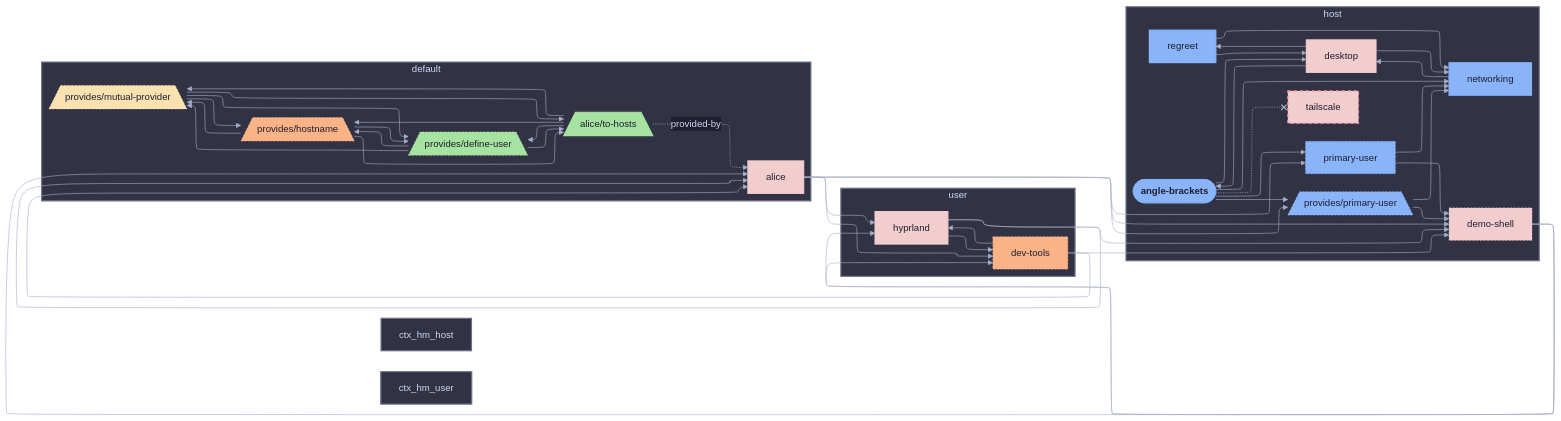
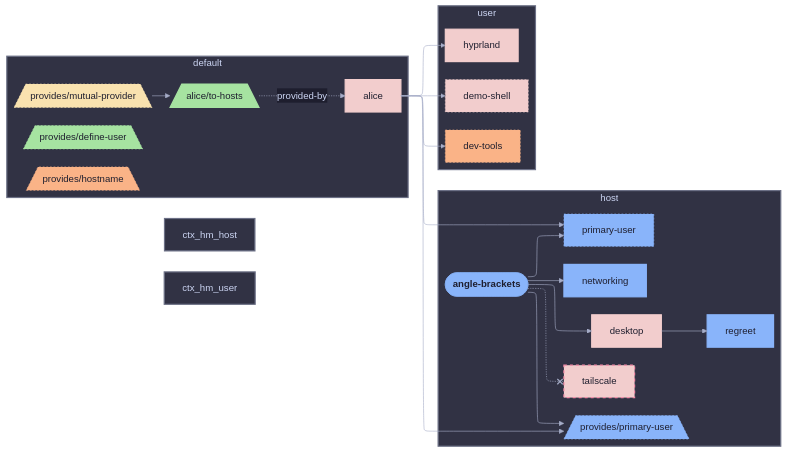
The diagram in templates/diag-fx-demo/diagrams/angle-brackets-has-aspect-hm.md (sini/den), drawn with Mermaid before and after one commit. The commit also changed 849 other files, not shown here.

Commit message:
chore: update fx diagrams

```diff
--- a/templates/diag-fx-demo/diagrams/angle-brackets-has-aspect-hm.md
+++ b/templates/diag-fx-demo/diagrams/angle-brackets-has-aspect-hm.md
@@ -19,34 +19,14 @@
   angle_brackets --> primary_user
   angle_brackets --> den__provides__primary_user
   angle_brackets -.-x tailscale
-  den__provides__primary_user --> demo_shell
-  den__provides__primary_user --> networking
-  desktop --> angle_brackets
-  desktop --> networking
   desktop --> regreet
-  networking --> desktop
-  regreet --> desktop
-  regreet --> networking
-  primary_user --> demo_shell
-  primary_user --> networking
   end
   subgraph ctx_default["default"]
   den__provides__define_user[/"provides/define-user"\]:::den__provides__define_user_c
   den__provides__hostname[/"provides/hostname"\]:::den__provides__hostname_c
   den__provides__mutual_provider[/"provides/mutual-provider"\]:::den__provides__mutual_provider_c
   alice__to_hosts[/"alice/to-hosts"\]:::alice__to_hosts_c
-  alice__to_hosts --> den__provides__define_user
-  alice__to_hosts --> den__provides__hostname
-  alice__to_hosts --> den__provides__mutual_provider
-  den__provides__mutual_provider --> den__provides__define_user
-  den__provides__mutual_provider --> den__provides__hostname
   den__provides__mutual_provider --> alice__to_hosts
-  den__provides__hostname --> den__provides__define_user
-  den__provides__define_user --> den__provides__hostname
-  den__provides__define_user --> den__provides__mutual_provider
-  den__provides__hostname --> den__provides__mutual_provider
-  den__provides__define_user --> alice__to_hosts
-  den__provides__hostname --> alice__to_hosts
   alice__to_hosts -.->|provided-by| alice
   end
   subgraph ctx_user["user"]
@@ -59,21 +39,12 @@
   alice --> hyprland
   alice --> primary_user
   alice --> den__provides__primary_user
-  demo_shell --> hyprland
-  demo_shell --> alice
-  demo_shell --> dev_tools
-  dev_tools --> alice
-  dev_tools --> demo_shell
-  dev_tools --> hyprland
-  hyprland --> dev_tools
-  hyprland --> alice
-  hyprland --> demo_shell
   end
 
 
   classDef root fill:#89b4fa,stroke:#89b4fa,color:#1e1e2e,font-weight:bold
   classDef alice_c fill:#f2cdcd,stroke:#f2cdcd,color:#1e1e2e,stroke-width:2px
-  classDef angle_brackets_c fill:#89b4fa,stroke:#89b4fa,color:#1e1e2e,stroke-width:3px
+  classDef angle_brackets_c fill:#89b4fa,stroke:#89b4fa,color:#1e1e2e,stroke-width:2px
   classDef den__provides__define_user_c fill:#a6e3a1,stroke:#a6e3a1,color:#1e1e2e,stroke-dasharray: 3 3,stroke-width:1px
   classDef demo_shell_c fill:#f2cdcd,stroke:#f2cdcd,color:#1e1e2e,stroke-dasharray: 3 3,stroke-width:1px
   classDef desktop_c fill:#f2cdcd,stroke:#f2cdcd,color:#1e1e2e,stroke-width:2px
```
